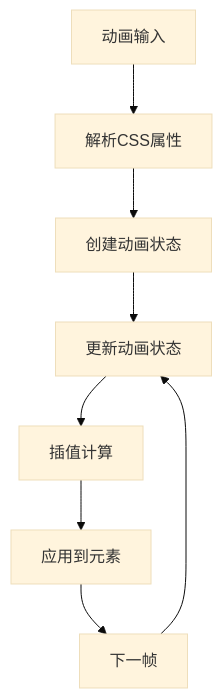
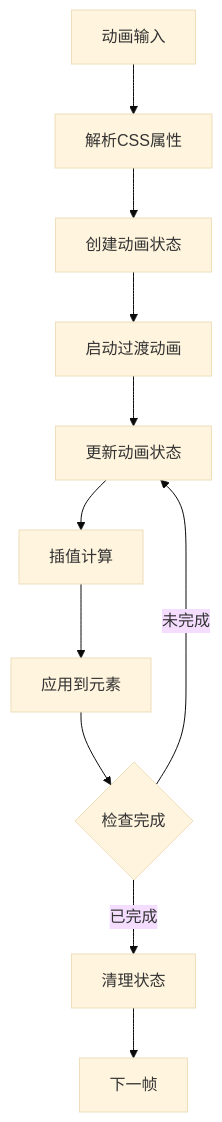
Diagram 26 of 34 in .qoder/repowiki/zh/content/核心功能特性/自研浏览器级渲染能力.md (itszzl-sudo/iris), drawn with Mermaid (base theme) before and after one commit. The commit also changed other lines of this file and 4 other files, not shown here.

````diff
--- a/.qoder/repowiki/zh/content/核心功能特性/自研浏览器级渲染能力.md
+++ b/.qoder/repowiki/zh/content/核心功能特性/自研浏览器级渲染能力.md
@@ -832,10 +900,13 @@
 ```mermaid
 flowchart TD
 AnimationInput[动画输入] --> Parse[解析CSS属性]
 Parse --> CreateState[创建动画状态]
-CreateState --> Update[更新动画状态]
+CreateState --> Start[启动过渡动画]
+Start --> Update[更新动画状态]
 Update --> Interpolate[插值计算]
 Interpolate --> Apply[应用到元素]
-Apply --> NextFrame[下一帧]
-NextFrame --> Update
+Apply --> CheckComplete{检查完成}
+CheckComplete --> |未完成| Update
+CheckComplete --> |已完成| Cleanup[清理状态]
+Cleanup --> NextFrame[下一帧]
 ```
````
